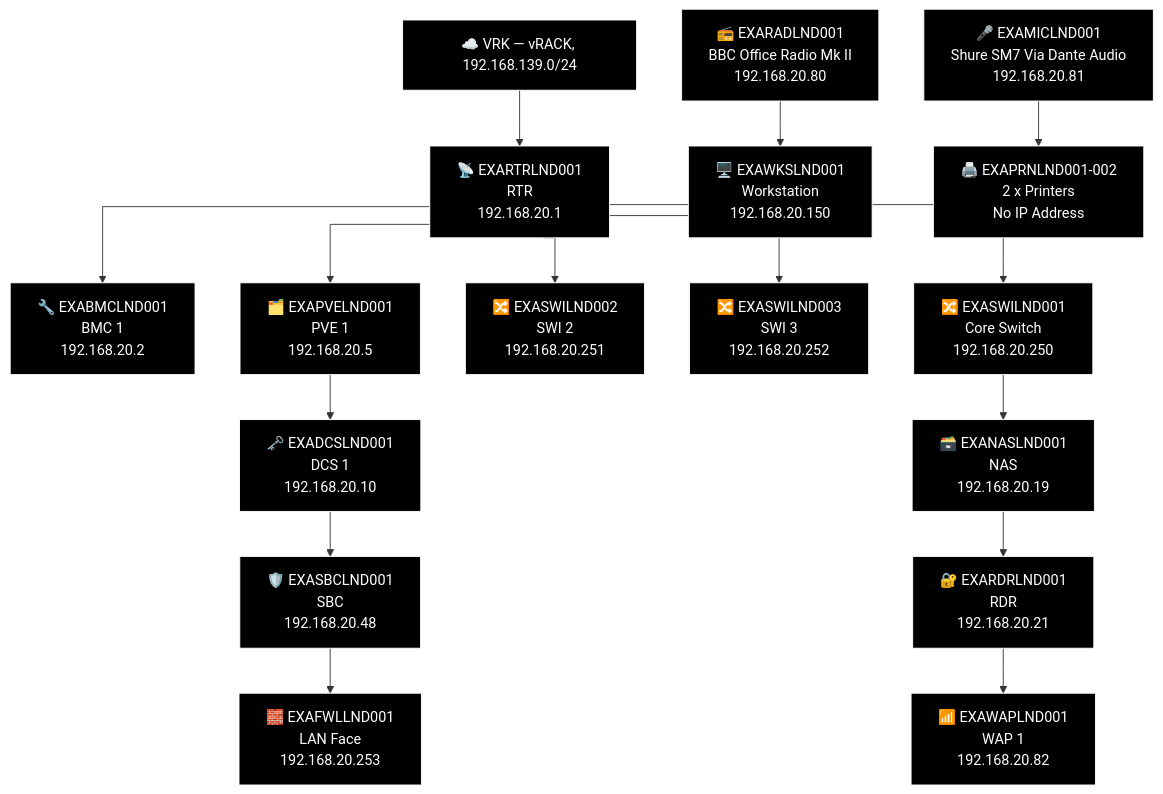
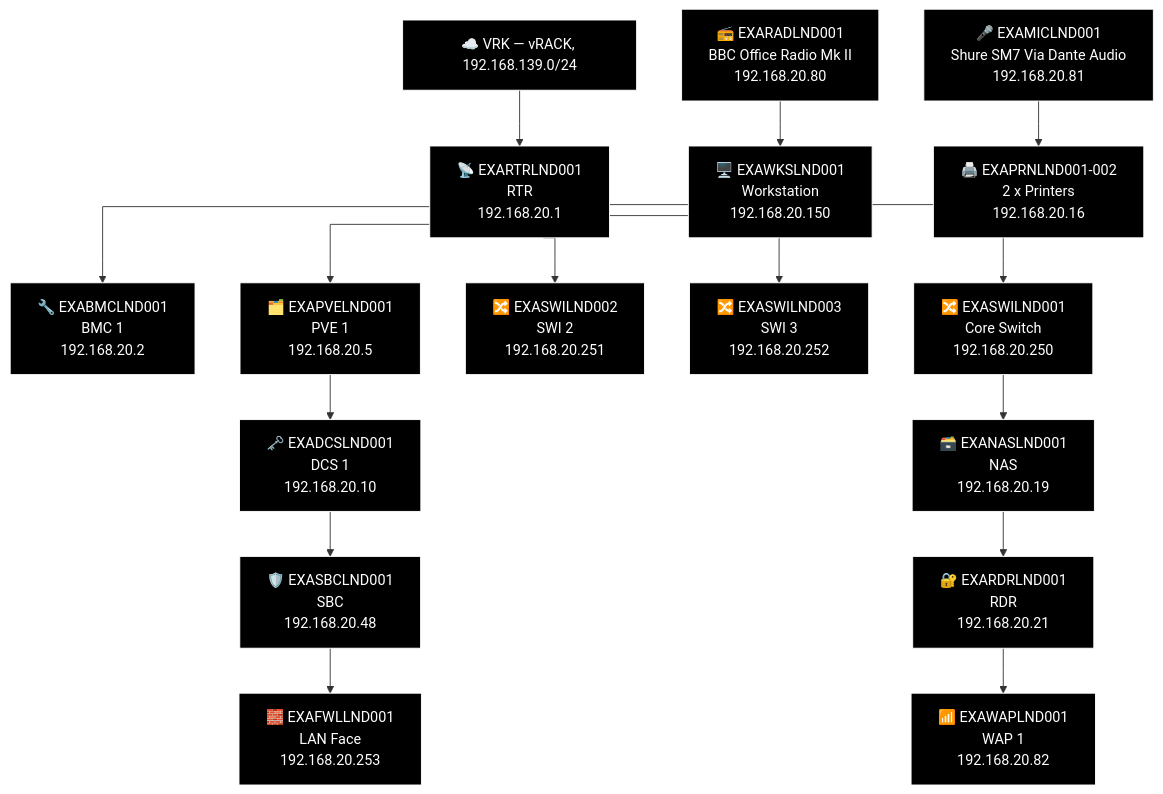
Before and after one commit to knightmare2600/example_music_infra: the third of 27 diagrams in docs/network-diagram/england.md, drawn with Mermaid. The commit also changed other lines of this file and 11 other files, not shown here.

````diff
--- a/docs/network-diagram/england.md
+++ b/docs/network-diagram/england.md
@@ -101,50 +101,50 @@
 ```mermaid
 %% GENERATED:TOPOLOGY:LND:START
 %%{init: {'flowchart': {'curve': 'stepAfter'}}}%%
 graph TD
     T_VRK["☁️ VRK — vRACK, 192.168.139.0/24"]
     T_RTR["📡 EXARTRLND001<br/>RTR<br/>192.168.20.1"]
     T_VRK --> T_RTR
     T_BMC["🔧 EXABMCLND001<br/>BMC 1<br/>192.168.20.2"]
     T_RTR --> T_BMC
     T_PVE["🗂️ EXAPVELND001<br/>PVE 1<br/>192.168.20.5"]
     T_RTR --> T_PVE
     T_SWI["🔀 EXASWILND002<br/>SWI 2<br/>192.168.20.251"]
     T_RTR --> T_SWI
     T_SWI2["🔀 EXASWILND003<br/>SWI 3<br/>192.168.20.252"]
     T_RTR --> T_SWI2
     T_SWI3["🔀 EXASWILND001<br/>Core Switch<br/>192.168.20.250"]
     T_RTR --> T_SWI3
     T_NAS["🗃️ EXANASLND001<br/>NAS<br/>192.168.20.19"]
     T_RDR["🔐 EXARDRLND001<br/>RDR<br/>192.168.20.21"]
     T_WAP["📶 EXAWAPLND001<br/>WAP 1<br/>192.168.20.82"]
     T_SWI3 --> T_NAS --> T_RDR --> T_WAP
     T_DCS["🗝️ EXADCSLND001<br/>DCS 1<br/>192.168.20.10"]
     T_SBC["🛡️ EXASBCLND001<br/>SBC<br/>192.168.20.48"]
     T_FWL["🧱 EXAFWLLND001<br/>LAN Face<br/>192.168.20.253"]
     T_PVE --> T_DCS --> T_SBC --> T_FWL
     T_RAD["📻 EXARADLND001<br/>BBC Office Radio Mk II<br/>192.168.20.80"]
     T_MIC["🎤 EXAMICLND001<br/>Shure SM7 Via Dante Audio<br/>192.168.20.81"]
     T_WKS["🖥️ EXAWKSLND001<br/>Workstation<br/>192.168.20.150"]
-    T_OTH_PRN["🖨️ EXAPRNLND001-002<br/>2 x Printers<br/>No IP Address"]
+    T_OTH_PRN["🖨️ EXAPRNLND001-002<br/>2 x Printers<br/>192.168.20.16"]
     T_RAD --> T_WKS
     T_MIC --> T_OTH_PRN
     style T_VRK fill:#000000,stroke:#FFFFFF,color:#FFFFFF
     style T_RTR fill:#000000,stroke:#FFFFFF,color:#FFFFFF
     style T_BMC fill:#000000,stroke:#FFFFFF,color:#FFFFFF
     style T_PVE fill:#000000,stroke:#FFFFFF,color:#FFFFFF
     style T_SWI fill:#000000,stroke:#FFFFFF,color:#FFFFFF
     style T_SWI2 fill:#000000,stroke:#FFFFFF,color:#FFFFFF
     style T_SWI3 fill:#000000,stroke:#FFFFFF,color:#FFFFFF
     style T_NAS fill:#000000,stroke:#FFFFFF,color:#FFFFFF
     style T_RDR fill:#000000,stroke:#FFFFFF,color:#FFFFFF
     style T_WAP fill:#000000,stroke:#FFFFFF,color:#FFFFFF
     style T_DCS fill:#000000,stroke:#FFFFFF,color:#FFFFFF
     style T_SBC fill:#000000,stroke:#FFFFFF,color:#FFFFFF
     style T_FWL fill:#000000,stroke:#FFFFFF,color:#FFFFFF
     style T_RAD fill:#000000,stroke:#FFFFFF,color:#FFFFFF
     style T_MIC fill:#000000,stroke:#FFFFFF,color:#FFFFFF
     style T_WKS fill:#000000,stroke:#FFFFFF,color:#FFFFFF
     style T_OTH_PRN fill:#000000,stroke:#FFFFFF,color:#FFFFFF
 %% GENERATED:TOPOLOGY:LND:END
 ```
````
